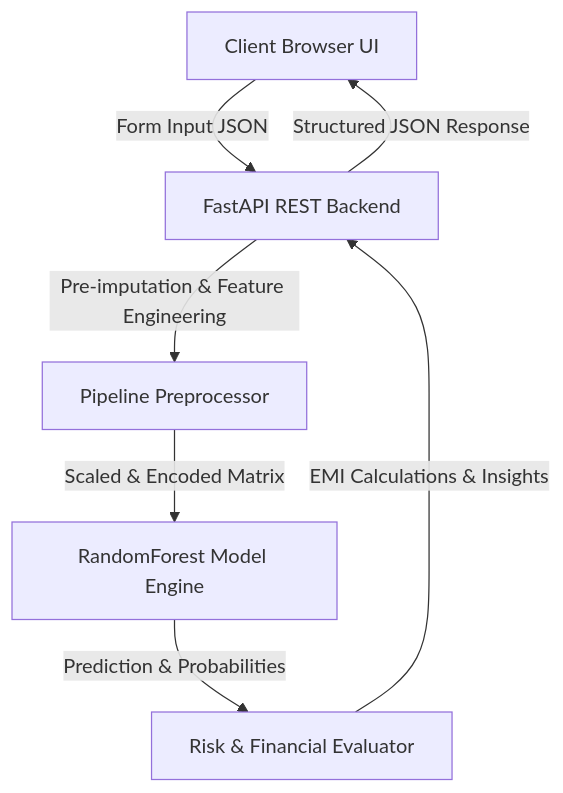
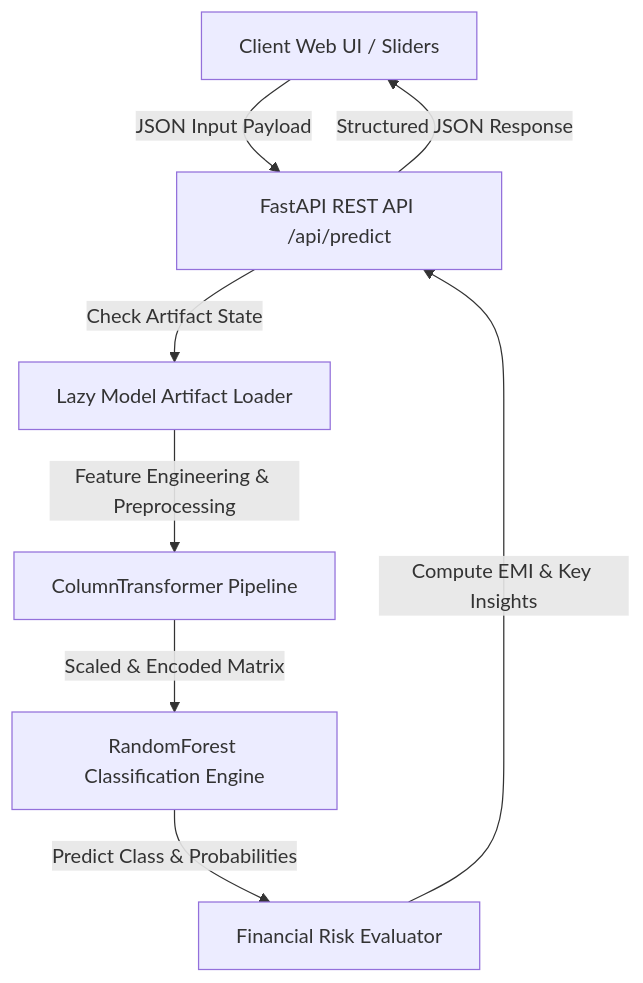
The diagram in README.md (PIYUSH01092004/creditwise-loan-system), drawn with Mermaid before and after one commit. The commit also changed other lines of this file, not shown here.

````diff
--- a/README.md
+++ b/README.md
@@ -76,9 +102,10 @@
 ```mermaid
 flowchart TD
-    A[Client Browser UI] -->|Form Input JSON| B[FastAPI REST Backend]
-    B -->|Pre-imputation & Feature Engineering| C[Pipeline Preprocessor]
-    C -->|Scaled & Encoded Matrix| D[RandomForest Model Engine]
-    D -->|Prediction & Probabilities| E[Risk & Financial Evaluator]
-    E -->|EMI Calculations & Insights| B
+    A[Client Web UI / Sliders] -->|JSON Input Payload| B[FastAPI REST API /api/predict]
+    B -->|Check Artifact State| C[Lazy Model Artifact Loader]
+    C -->|Feature Engineering & Preprocessing| D[ColumnTransformer Pipeline]
+    D -->|Scaled & Encoded Matrix| E[RandomForest Classification Engine]
+    E -->|Predict Class & Probabilities| F[Financial Risk Evaluator]
+    F -->|Compute EMI & Key Insights| B
     B -->|Structured JSON Response| A
 ```
````
